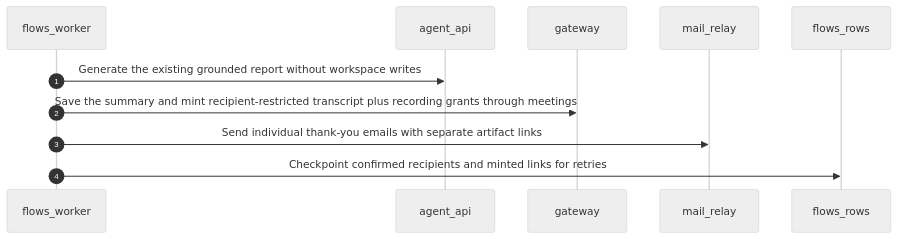
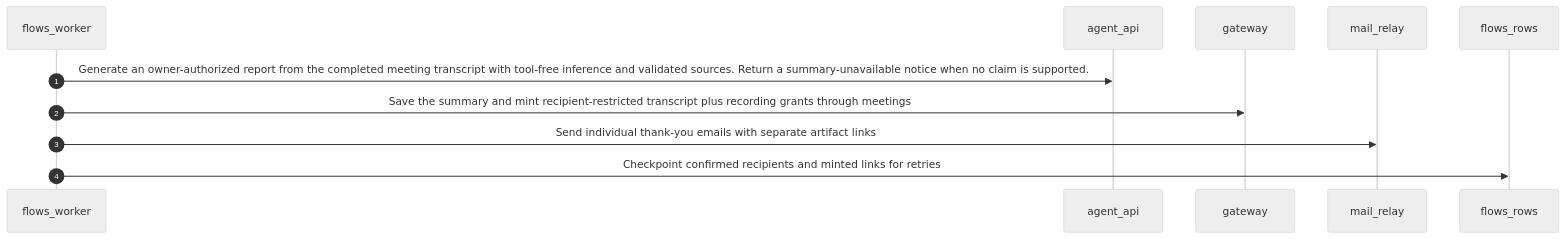
Before and after one commit to poor-frog/TINA: the diagram in docs/views/flow-post-meeting-email-flow.mmd, drawn with Mermaid (neutral theme).

Commit message:
docs(flows): refresh the generated follow-up view

```diff
--- a/docs/views/flow-post-meeting-email-flow.mmd
+++ b/docs/views/flow-post-meeting-email-flow.mmd
@@ -1,7 +1,7 @@
 %% GENERATED — pnpm arch:dsl --write
 sequenceDiagram
   autonumber
-  flows_worker->>agent_api: Generate the existing grounded report without workspace writes
+  flows_worker->>agent_api: Generate an owner-authorized report from the completed meeting transcript with tool-free inference and validated sources. Return a summary-unavailable notice when no claim is supported.
   flows_worker->>gateway: Save the summary and mint recipient-restricted transcript plus recording grants through meetings
   flows_worker->>mail_relay: Send individual thank-you emails with separate artifact links
   flows_worker->>flows_rows: Checkpoint confirmed recipients and minted links for retries
```
